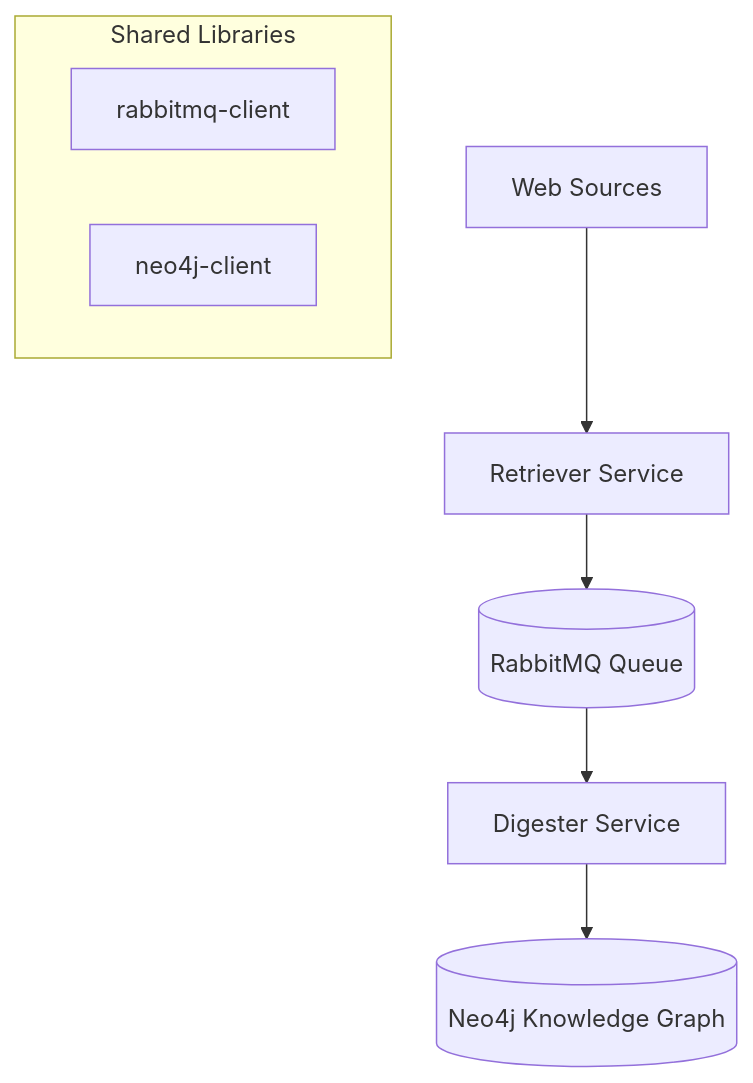
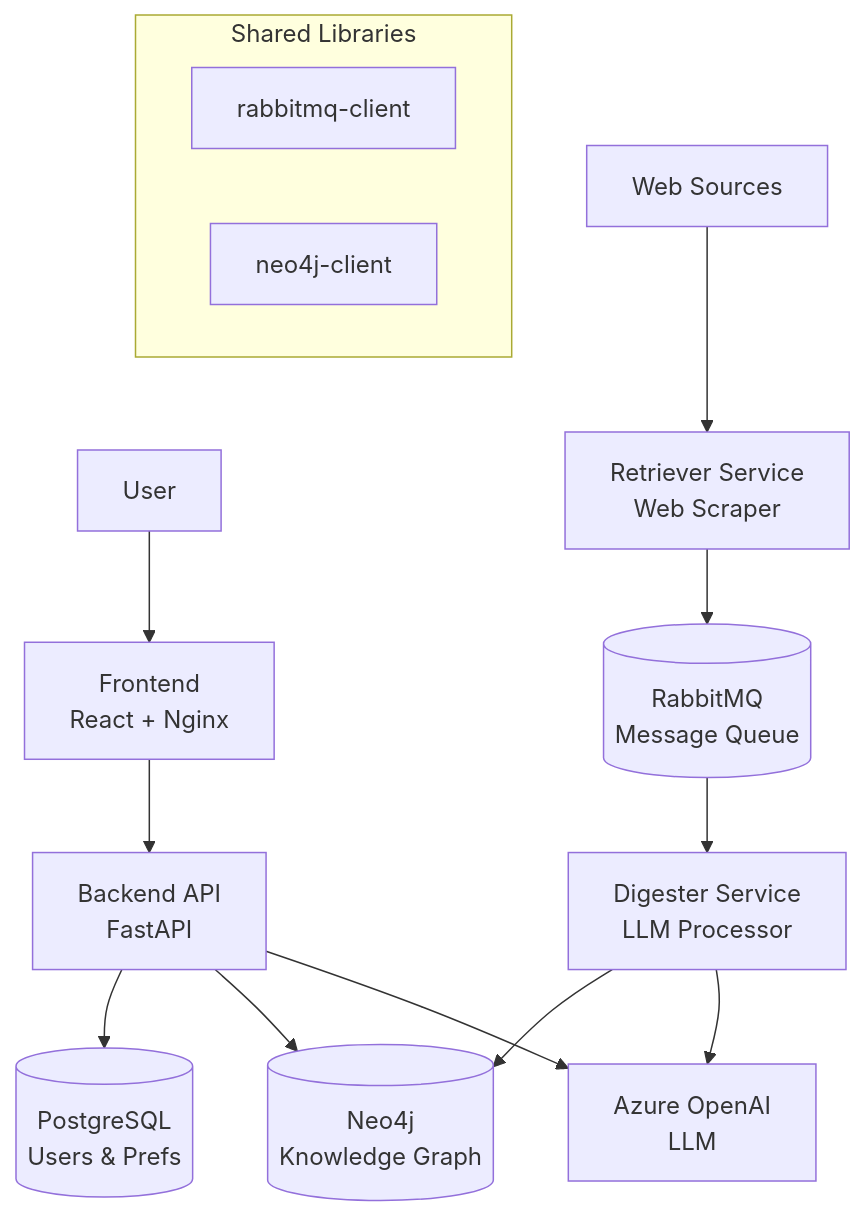
Before and after one commit to brendanboner/aurora: the diagram in README.md, drawn with Mermaid. The commit also changed other lines of this file and 49 other files, not shown here.

Commit message:
Build frontend to make request to API backend

````diff
--- a/README.md
+++ b/README.md
@@ -9,12 +29,20 @@
 ```mermaid
 graph TB
-    Web[Web Sources] --> Retriever[Retriever Service]
-    Retriever --> RabbitMQ[(RabbitMQ Queue)]
-    RabbitMQ --> Digester[Digester Service]
-    Digester --> Neo4j[(Neo4j Knowledge Graph)]
+    User[User] --> Frontend[Frontend<br/>React + Nginx]
+    Frontend --> Backend[Backend API<br/>FastAPI]
+    Backend --> Postgres[(PostgreSQL<br/>Users & Prefs)]
+    Backend --> Neo4j[(Neo4j<br/>Knowledge Graph)]
+    
+    Web[Web Sources] --> Retriever[Retriever Service<br/>Web Scraper]
+    Retriever --> RabbitMQ[(RabbitMQ<br/>Message Queue)]
+    RabbitMQ --> Digester[Digester Service<br/>LLM Processor]
+    Digester --> Neo4j
+    
+    Backend --> AzureOpenAI[Azure OpenAI<br/>LLM]
+    Digester --> AzureOpenAI
     
     subgraph "Shared Libraries"
         RMQClient[rabbitmq-client]
         Neo4jClient[neo4j-client]
     end
 ```
````
